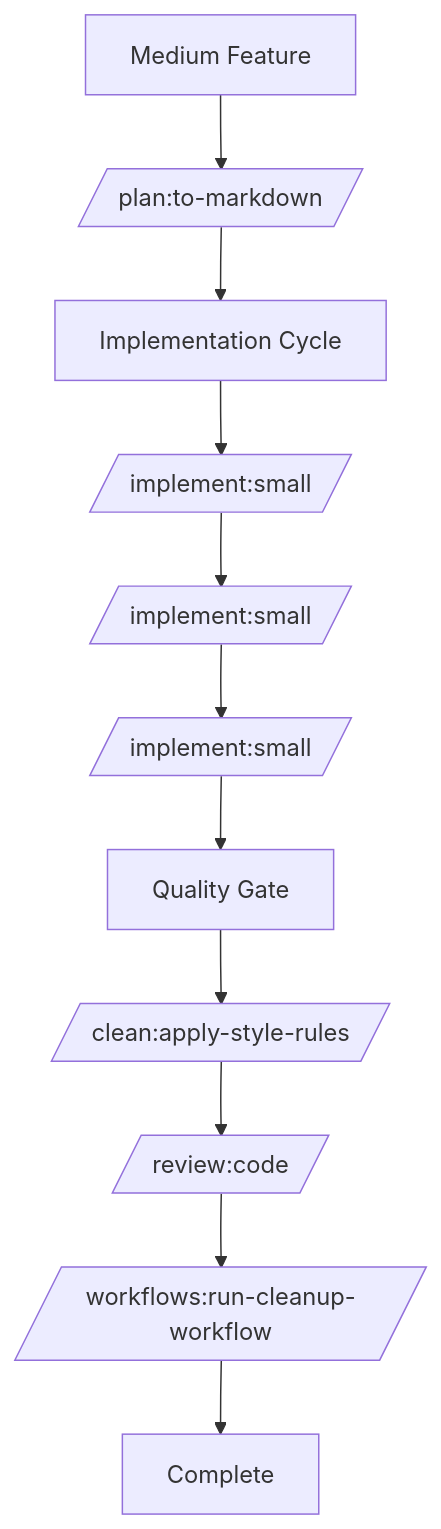
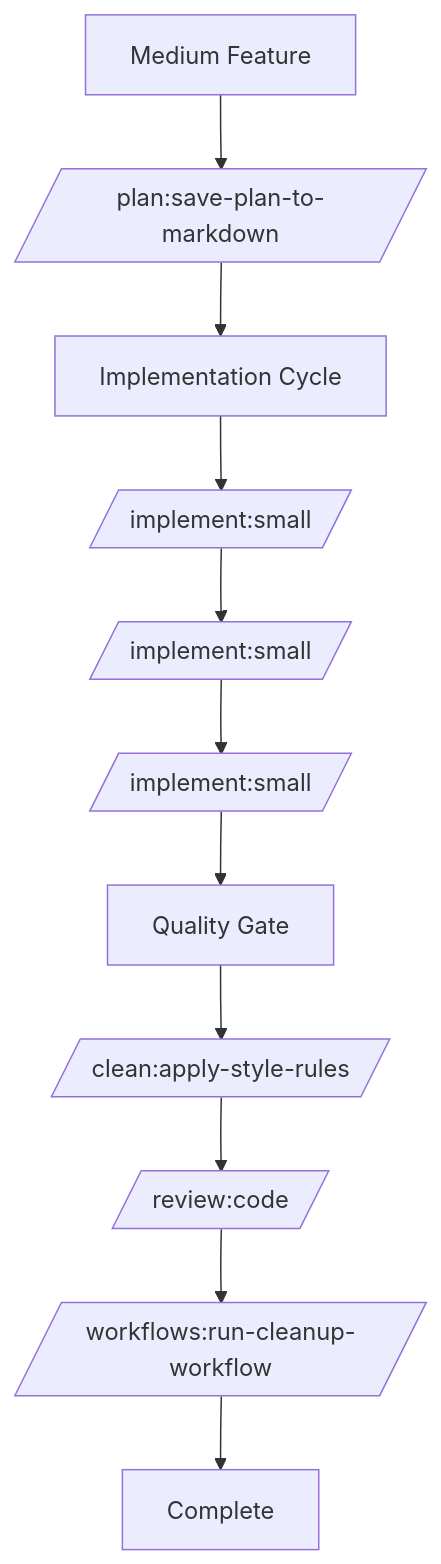
Before and after one commit to thomasholknielsen/claude-code-config: the ninth of 31 diagrams in docs/developer-workflows.md, drawn with Mermaid. The commit also changed other lines of this file and 7 other files, not shown here.

````diff
--- a/docs/developer-workflows.md
+++ b/docs/developer-workflows.md
@@ -508,13 +507,13 @@
 ```mermaid
 graph TD
-    A[Medium Feature] --> B[/plan:to-markdown/]
+    A[Medium Feature] --> B[/plan:save-plan-to-markdown/]
     B --> C[Implementation Cycle]
     C --> D[/implement:small/]
     D --> E[/implement:small/]
     E --> F[/implement:small/]
     F --> G[Quality Gate]
     G --> H[/clean:apply-style-rules/]
     H --> I[/review:code/]
     I --> J[/workflows:run-cleanup-workflow/]
     J --> K[Complete]
 ```
````
